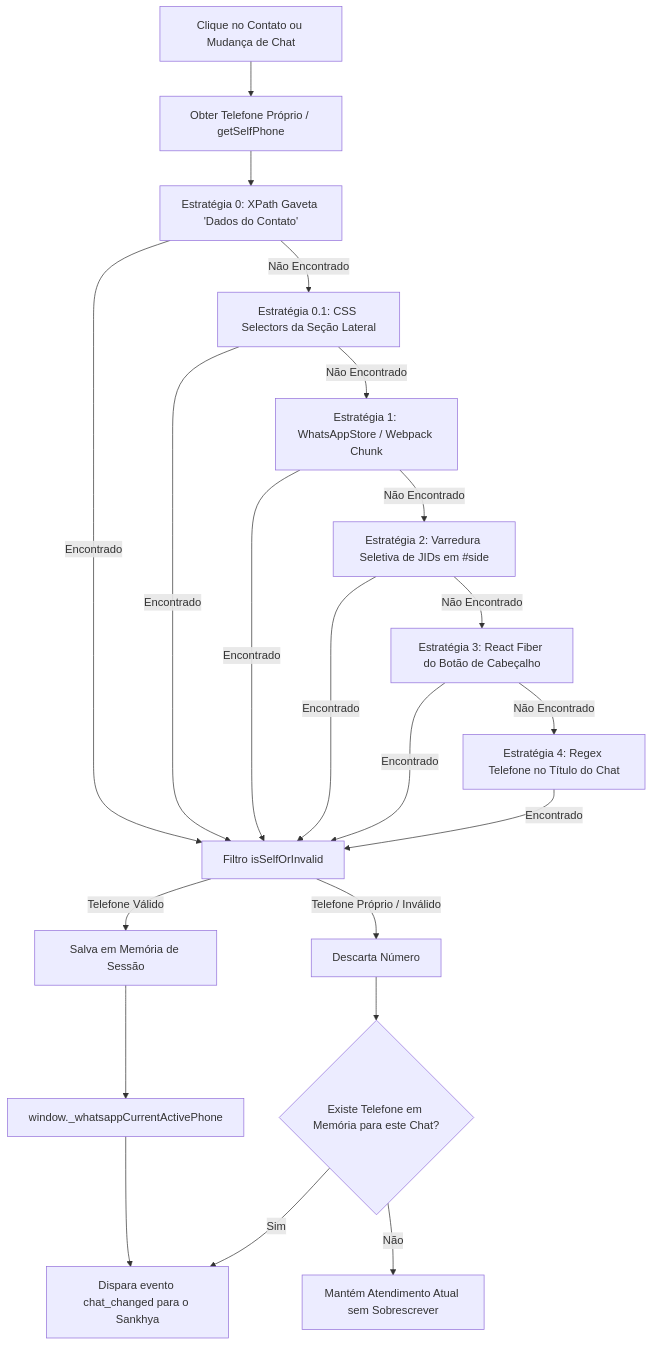
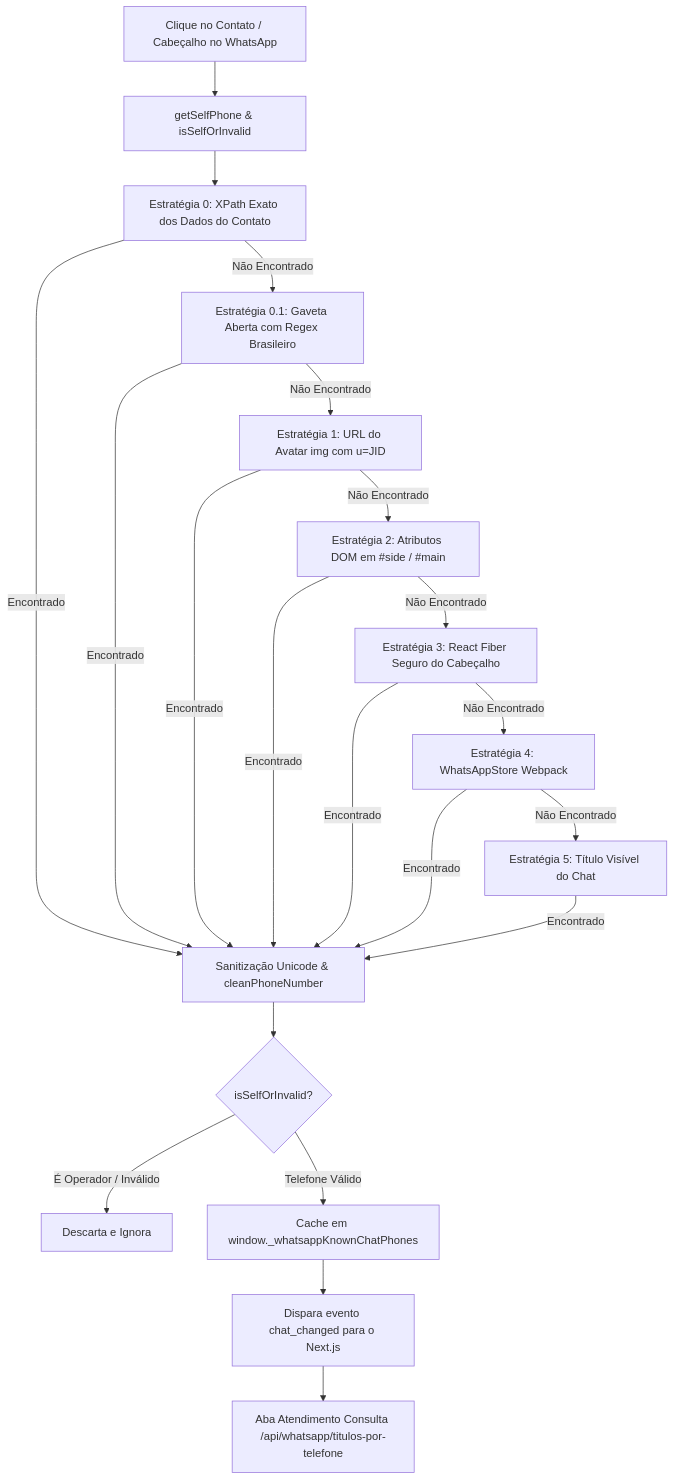
One commit to Antonybarbosa/Financeiro-Sankhya changed the diagram in docs/EXTRACAO_TELEFONE_WHATSAPP.md. Above: the diagram before and after it, drawn with Mermaid. The commit also changed other lines of this file, not shown here.

Commit message:
docs: atualizar documentacao tecnica de extracao, abertura direta e integracao whatsapp

````diff
--- a/docs/EXTRACAO_TELEFONE_WHATSAPP.md
+++ b/docs/EXTRACAO_TELEFONE_WHATSAPP.md
@@ -21,27 +29,25 @@
 ```mermaid
 flowchart TD
-    A[Clique no Contato ou Mudança de Chat] --> B[Obter Telefone Próprio / getSelfPhone]
-    B --> C[Estratégia 0: XPath Gaveta 'Dados do Contato']
-    C -- Não Encontrado --> D[Estratégia 0.1: CSS Selectors da Seção Lateral]
-    D -- Não Encontrado --> E[Estratégia 1: WhatsAppStore / Webpack Chunk]
-    E -- Não Encontrado --> F[Estratégia 2: Varredura Seletiva de JIDs em #side]
-    F -- Não Encontrado --> G[Estratégia 3: React Fiber do Botão de Cabeçalho]
-    G -- Não Encontrado --> H[Estratégia 4: Regex Telefone no Título do Chat]
-    
-    C -- Encontrado --> I[Filtro isSelfOrInvalid]
-    D -- Encontrado --> I
-    E -- Encontrado --> I
-    F -- Encontrado --> I
-    G -- Encontrado --> I
-    H -- Encontrado --> I
+    A[Clique no Contato / Cabeçalho no WhatsApp] --> B[getSelfPhone & isSelfOrInvalid]
+    B --> C[Estratégia 0: XPath Exato dos Dados do Contato]
+    C -- Não Encontrado --> D[Estratégia 0.1: Gaveta Aberta com Regex Brasileiro]
+    D -- Não Encontrado --> E[Estratégia 1: URL do Avatar img com u=JID]
+    E -- Não Encontrado --> F[Estratégia 2: Atributos DOM em #side / #main]
+    F -- Não Encontrado --> G[Estratégia 3: React Fiber Seguro do Cabeçalho]
+    G -- Não Encontrado --> H[Estratégia 4: WhatsAppStore Webpack]
+    H -- Não Encontrado --> I[Estratégia 5: Título Visível do Chat]
 
-    I -- Telefone Próprio / Inválido --> J[Descarta Número]
-    I -- Telefone Válido --> K[Salva em Memória de Sessão]
-    
-    K --> L[window._whatsappCurrentActivePhone]
-    L --> M[Dispara evento chat_changed para o Sankhya]
-    
-    J --> N{Existe Telefone em Memória para este Chat?}
-    N -- Sim --> M
-    N -- Não --> O[Mantém Atendimento Atual sem Sobrescrever]
+    C -- Encontrado --> J[Sanitização Unicode & cleanPhoneNumber]
+    D -- Encontrado --> J
+    E -- Encontrado --> J
+    F -- Encontrado --> J
+    G -- Encontrado --> J
+    H -- Encontrado --> J
+    I -- Encontrado --> J
+
+    J --> K{isSelfOrInvalid?}
+    K -- É Operador / Inválido --> L[Descarta e Ignora]
+    K -- Telefone Válido --> M[Cache em window._whatsappKnownChatPhones]
+    M --> N[Dispara evento chat_changed para o Next.js]
+    N --> O[Aba Atendimento Consulta /api/whatsapp/titulos-por-telefone]
 ```
````
